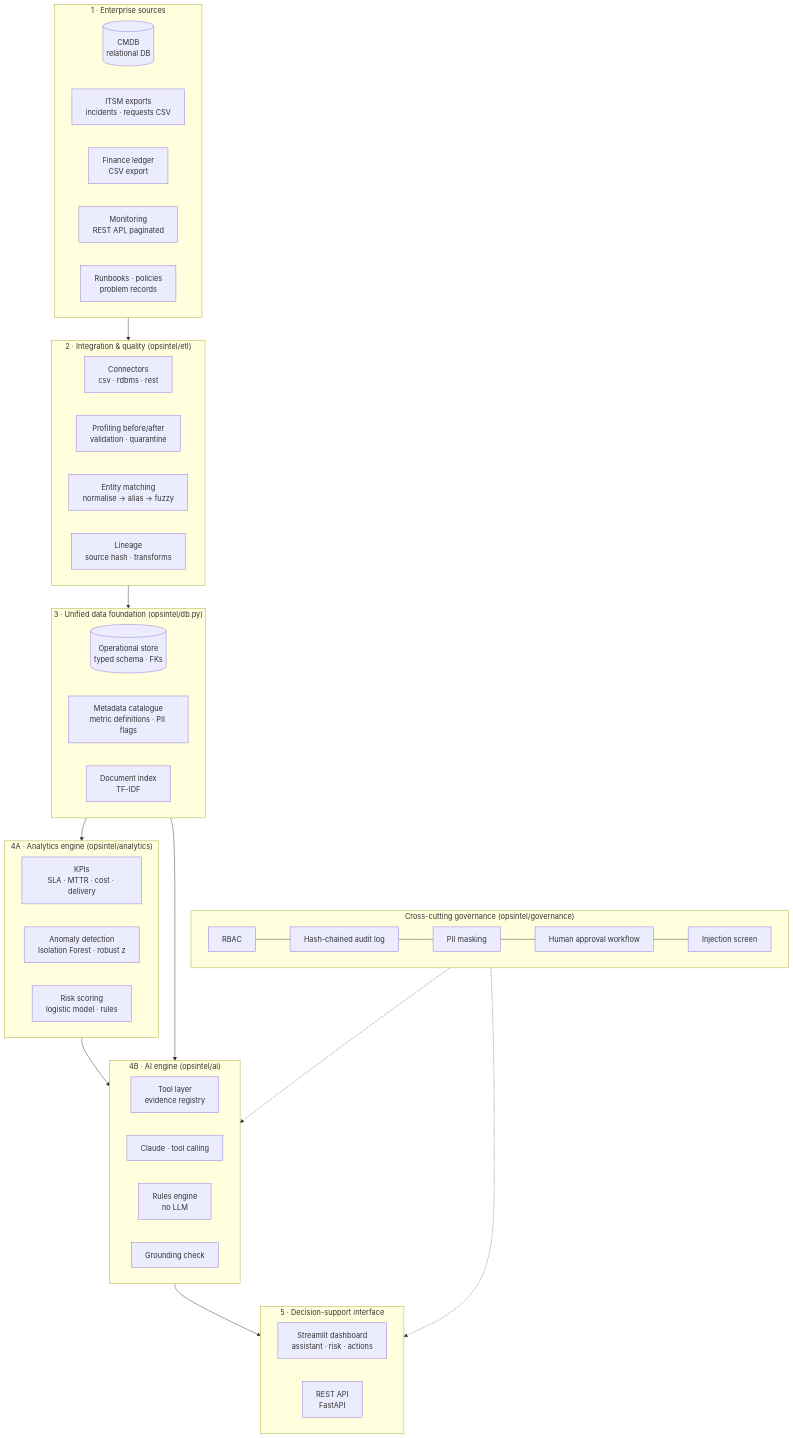
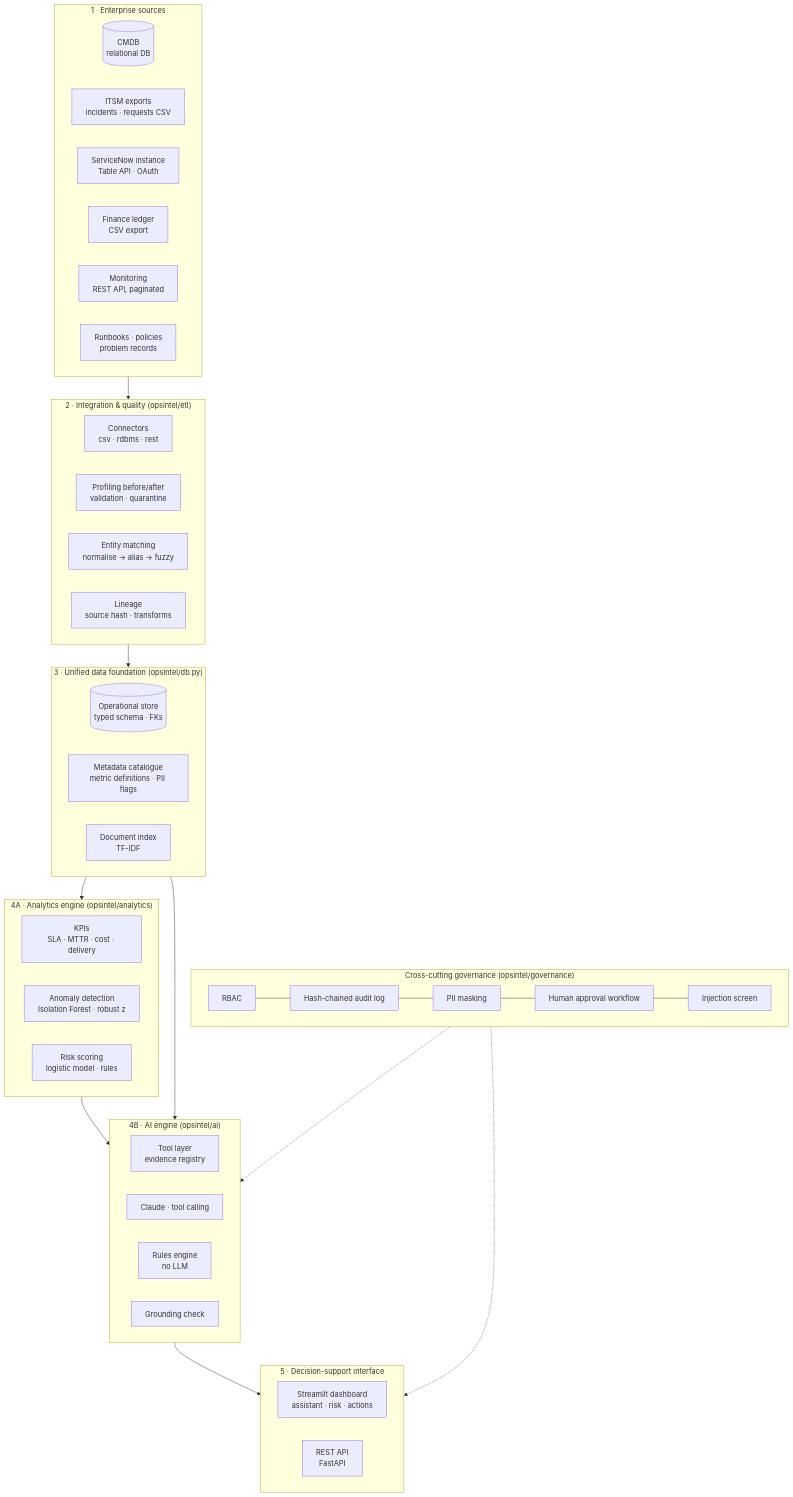
One commit to Temmytope-seun/opsintel changed the first of 3 diagrams in docs/architecture.md. Above: the diagram before and after it, drawn with Mermaid. The commit also changed other lines of this file and 18 other files, not shown here.

Commit message:
Enhance governance risk assessment and documentation for ServiceNow integration

````diff
--- a/docs/architecture.md
+++ b/docs/architecture.md
@@ -9,43 +9,44 @@
 ```mermaid
 flowchart TB
     subgraph S["1 · Enterprise sources"]
         CMDB[(CMDB<br/>relational DB)]
         ITSM[ITSM exports<br/>incidents · requests CSV]
+        SN[ServiceNow instance<br/>Table API · OAuth]
         FIN[Finance ledger<br/>CSV export]
         MON[Monitoring<br/>REST API, paginated]
         DOCS[Runbooks · policies<br/>problem records]
     end
     subgraph I["2 · Integration & quality  (opsintel/etl)"]
         CON[Connectors<br/>csv · rdbms · rest]
         DQ[Profiling before/after<br/>validation · quarantine]
         EM[Entity matching<br/>normalise → alias → fuzzy]
         LIN[Lineage<br/>source hash · transforms]
     end
     subgraph F["3 · Unified data foundation  (opsintel/db.py)"]
         OPS[(Operational store<br/>typed schema · FKs)]
         CAT[Metadata catalogue<br/>metric definitions · PII flags]
         IDX[Document index<br/>TF-IDF]
     end
     subgraph A["4A · Analytics engine  (opsintel/analytics)"]
         KPI[KPIs<br/>SLA · MTTR · cost · delivery]
         ANO[Anomaly detection<br/>Isolation Forest · robust z]
         RSK[Risk scoring<br/>logistic model · rules]
     end
     subgraph B["4B · AI engine  (opsintel/ai)"]
         TOOLS[Tool layer<br/>evidence registry]
         LLM[Claude · tool calling]
         RULES[Rules engine<br/>no LLM]
         GRD[Grounding check]
     end
     subgraph U["5 · Decision-support interface"]
         UI[Streamlit dashboard<br/>assistant · risk · actions]
         API[REST API<br/>FastAPI]
     end
     subgraph G["Cross-cutting governance  (opsintel/governance)"]
         RBAC[RBAC] --- AUD[Hash-chained audit log] --- PII[PII masking] --- APP[Human approval workflow] --- INJ[Injection screen]
     end
     S --> I --> F --> A --> B --> U
     F --> B
     G -.-> B
     G -.-> U
 ```
````
